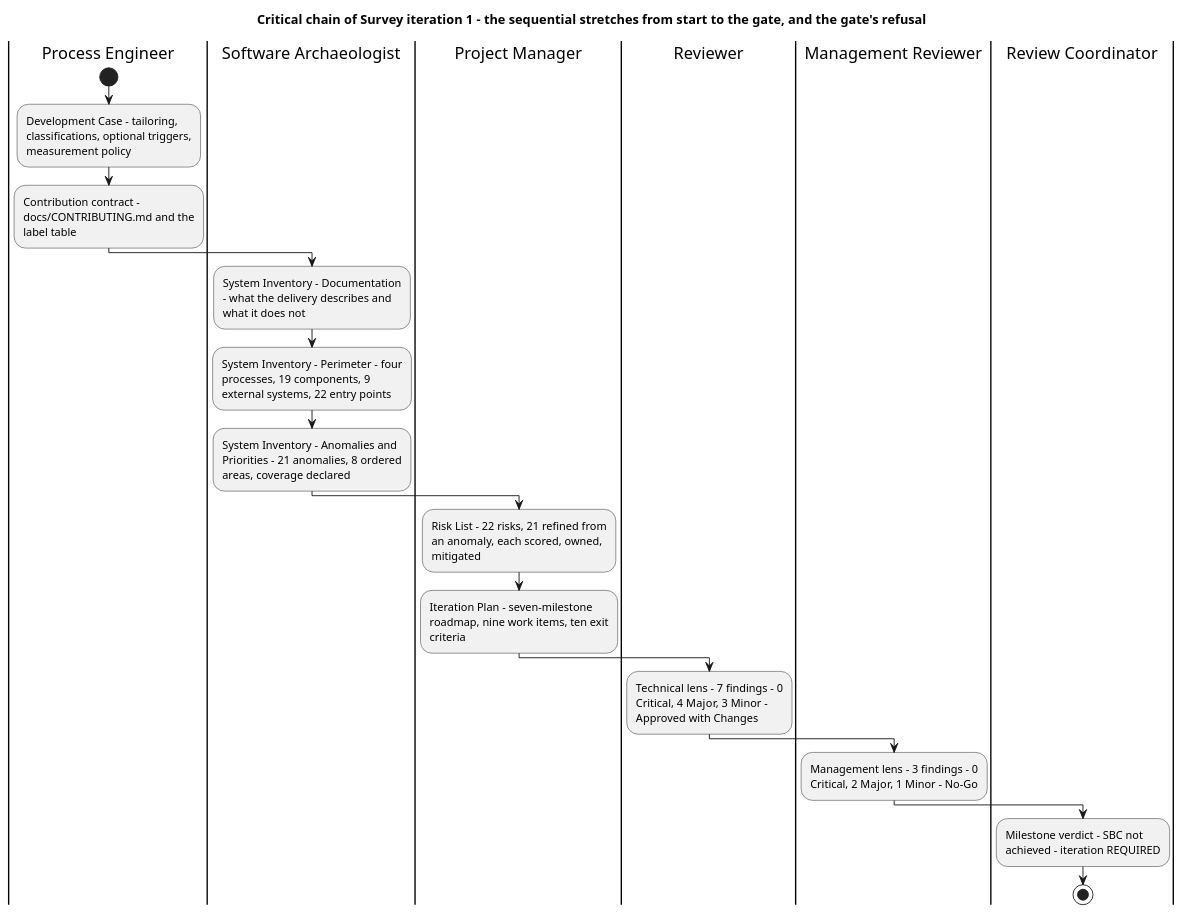
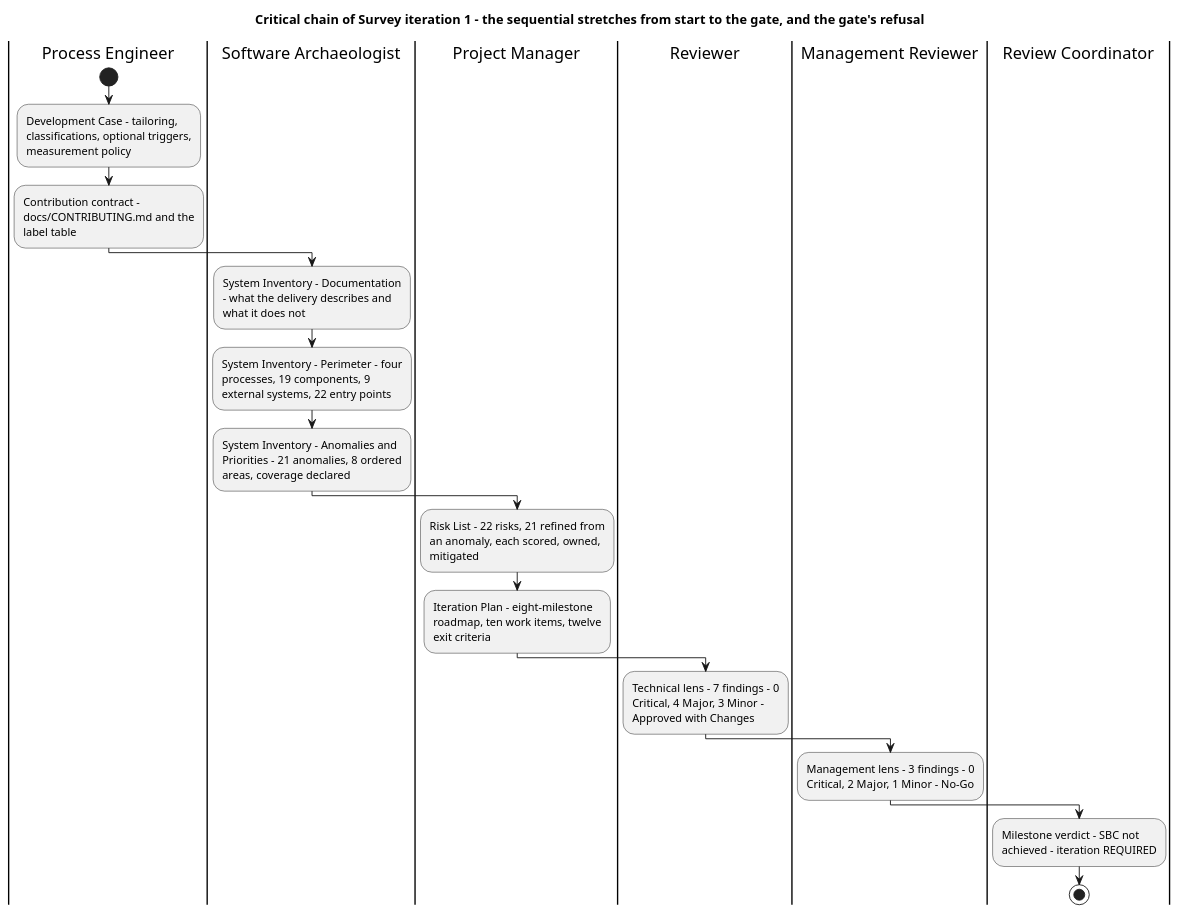
One commit to banense-test/TodoApp changed the second of 4 diagrams in docs/artifacts/project-management/iteration-assessment.md. Above: the diagram before and after it, drawn with PlantUML. The commit also changed other lines of this file, not shown here.

First line of the commit message:
Project Manager [Survey1]: upsert Iteration Assessment

````diff
--- a/docs/artifacts/project-management/iteration-assessment.md
+++ b/docs/artifacts/project-management/iteration-assessment.md
@@ -75,32 +74,32 @@
 ```plantuml
 @startuml
 title Critical chain of Survey iteration 1 - the sequential stretches from start to the gate, and the gate's refusal
 
 skinparam shadowing false
 skinparam wrapWidth 200
 
 |Process Engineer|
 start
 :Development Case - tailoring, classifications, optional triggers, measurement policy;
 :Contribution contract - docs/CONTRIBUTING.md and the label table;
 
 |Software Archaeologist|
 :System Inventory - Documentation - what the delivery describes and what it does not;
 :System Inventory - Perimeter - four processes, 19 components, 9 external systems, 22 entry points;
 :System Inventory - Anomalies and Priorities - 21 anomalies, 8 ordered areas, coverage declared;
 
 |Project Manager|
 :Risk List - 22 risks, 21 refined from an anomaly, each scored, owned, mitigated;
-:Iteration Plan - seven-milestone roadmap, nine work items, ten exit criteria;
+:Iteration Plan - eight-milestone roadmap, ten work items, twelve exit criteria;
 
 |Reviewer|
 :Technical lens - 7 findings - 0 Critical, 4 Major, 3 Minor - Approved with Changes;
 
 |Management Reviewer|
 :Management lens - 3 findings - 0 Critical, 2 Major, 1 Minor - No-Go;
 
 |Review Coordinator|
 :Milestone verdict - SBC not achieved - iteration REQUIRED;
 stop
 @enduml
 ```
````
